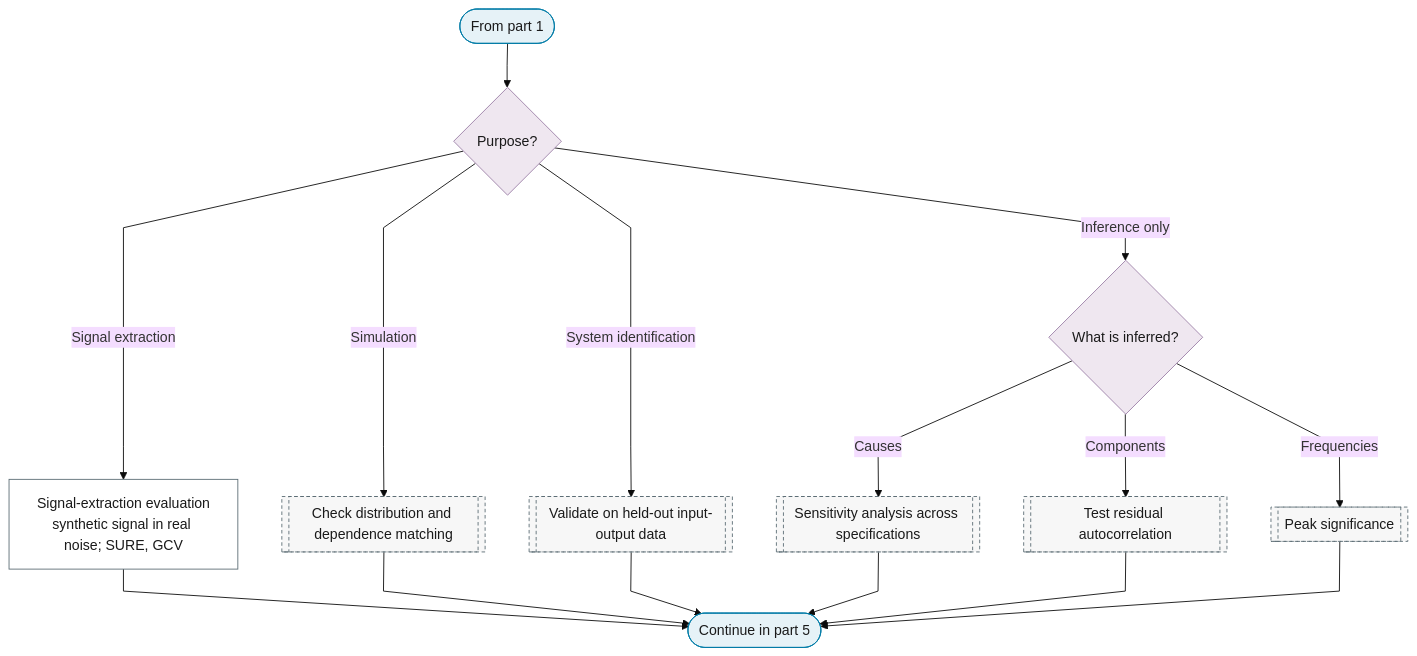
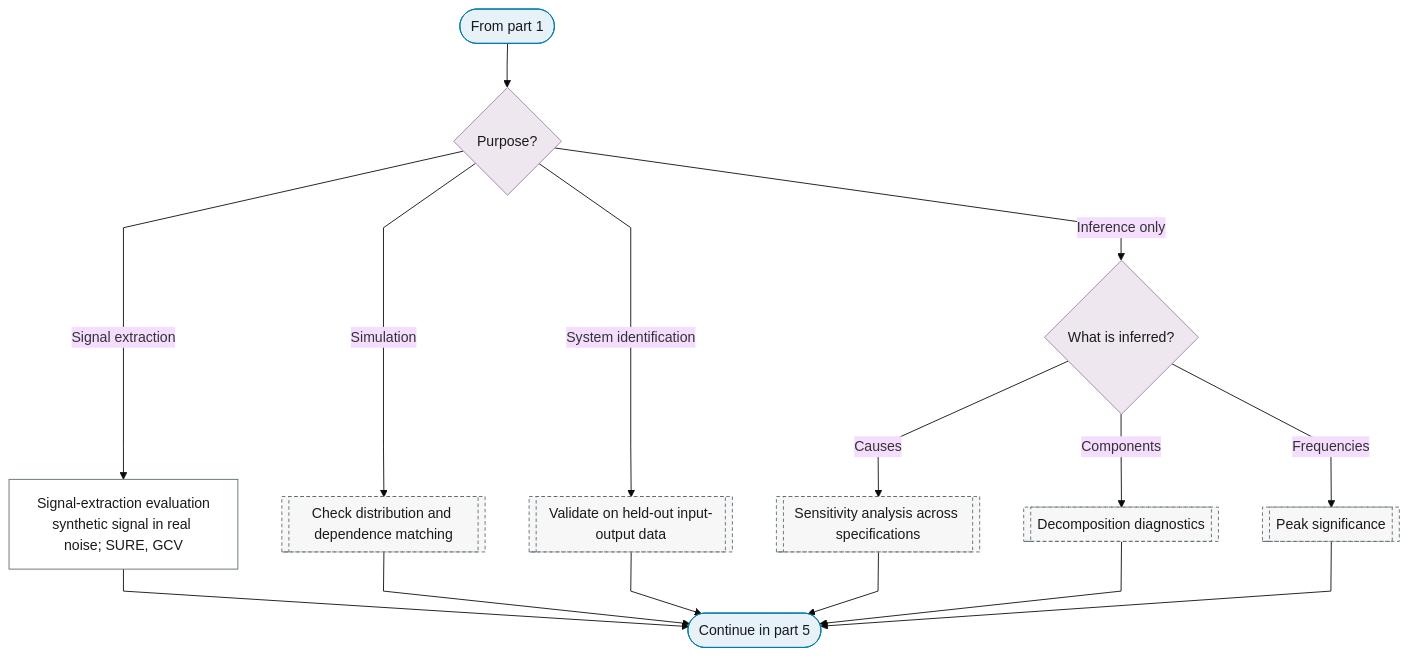
Before and after one commit to Shuxin-Y/time-series-analysis-manual: the fourth of 5 diagrams in docs/01-workflow/p10-evaluation-selection.md, drawn with Mermaid (base theme). The commit also changed 20 other files, not shown here.

````diff
--- a/docs/01-workflow/p10-evaluation-selection.md
+++ b/docs/01-workflow/p10-evaluation-selection.md
@@ -85,26 +85,26 @@
 ```mermaid
 %%{init: {"flowchart": {"curve": "linear"}}}%%
 graph TD
     P10_PART_4_IN(["From part 1"]) --> P10_OUTPUTS{"Purpose?"}
     P10_OUTPUTS -->|"Signal extraction"| P10_SIGNAL_EVALUATION["Signal-extraction evaluation<br/>synthetic signal in real noise; SURE, GCV"]
     P10_OUTPUTS -->|"Simulation"| P0_SM_DISTRIBUTION_MATCH[["Check distribution and dependence matching"]]
     P10_OUTPUTS -->|"System identification"| P0_SI_VALIDATION[["Validate on held-out input-output data"]]
     P10_OUTPUTS -->|"Inference only"| P10_INFERENCE_ONLY{"What is inferred?"}
     P10_INFERENCE_ONLY -->|"Causes"| P0_CA_SENSITIVITY[["Sensitivity analysis across specifications"]]
-    P10_INFERENCE_ONLY -->|"Components"| P7_MEAN_TESTS[["Test residual autocorrelation"]]
+    P10_INFERENCE_ONLY -->|"Components"| P0_DC_DIAGNOSTICS[["Decomposition diagnostics"]]
     P10_INFERENCE_ONLY -->|"Frequencies"| P0_SP_PEAK_SIGNIFICANCE[["Peak significance"]]
     P10_SIGNAL_EVALUATION & P0_SM_DISTRIBUTION_MATCH & P0_SI_VALIDATION --> P10_PART_4_OUT(["Continue in part 5"])
-    P0_CA_SENSITIVITY & P7_MEAN_TESTS & P0_SP_PEAK_SIGNIFICANCE --> P10_PART_4_OUT
+    P0_CA_SENSITIVITY & P0_DC_DIAGNOSTICS & P0_SP_PEAK_SIGNIFICANCE --> P10_PART_4_OUT
     class P10_PART_4_IN,P10_PART_4_OUT terminator
     class P10_OUTPUTS,P10_INFERENCE_ONLY decision
     class P10_SIGNAL_EVALUATION process
-    class P0_SM_DISTRIBUTION_MATCH,P0_SI_VALIDATION,P0_CA_SENSITIVITY,P7_MEAN_TESTS,P0_SP_PEAK_SIGNIFICANCE ref
+    class P0_SM_DISTRIBUTION_MATCH,P0_SI_VALIDATION,P0_CA_SENSITIVITY,P0_DC_DIAGNOSTICS,P0_SP_PEAK_SIGNIFICANCE ref
     classDef terminator fill:#E6F2F7,stroke:#007BA7,color:#1A1A1A;
     classDef process fill:#FFFFFF,stroke:#5A6B73,color:#1A1A1A;
     classDef decision fill:#EFE7F0,stroke:#9B7FA7,color:#1A1A1A;
     classDef data fill:#FFF4E0,stroke:#C9A55E,color:#1A1A1A;
     classDef good fill:#DCEFD8,stroke:#4A7A3F,color:#1A1A1A;
     classDef escalate fill:#FFE9C2,stroke:#C9A55E,color:#1A1A1A;
     classDef problem fill:#F2D9DE,stroke:#800020,color:#1A1A1A;
     classDef ref fill:#F7F7F7,stroke:#5A6B73,color:#1A1A1A,stroke-dasharray:4 3;
 ```
````
